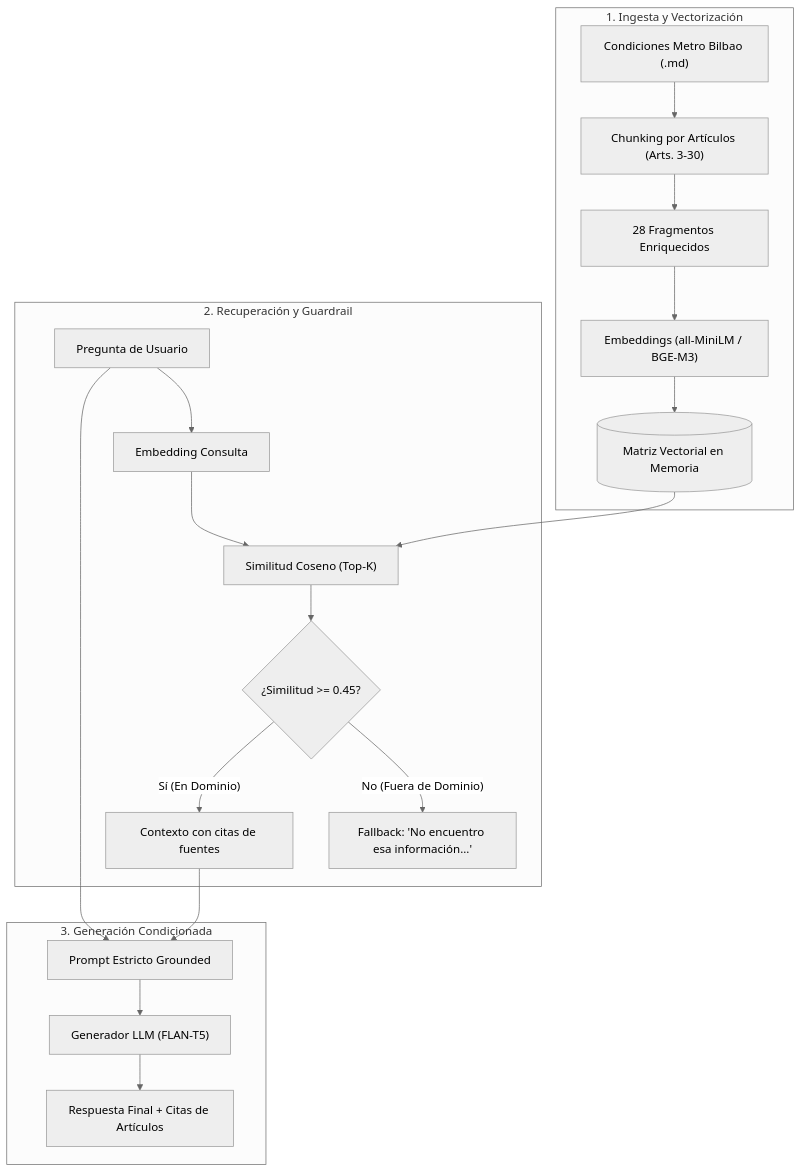
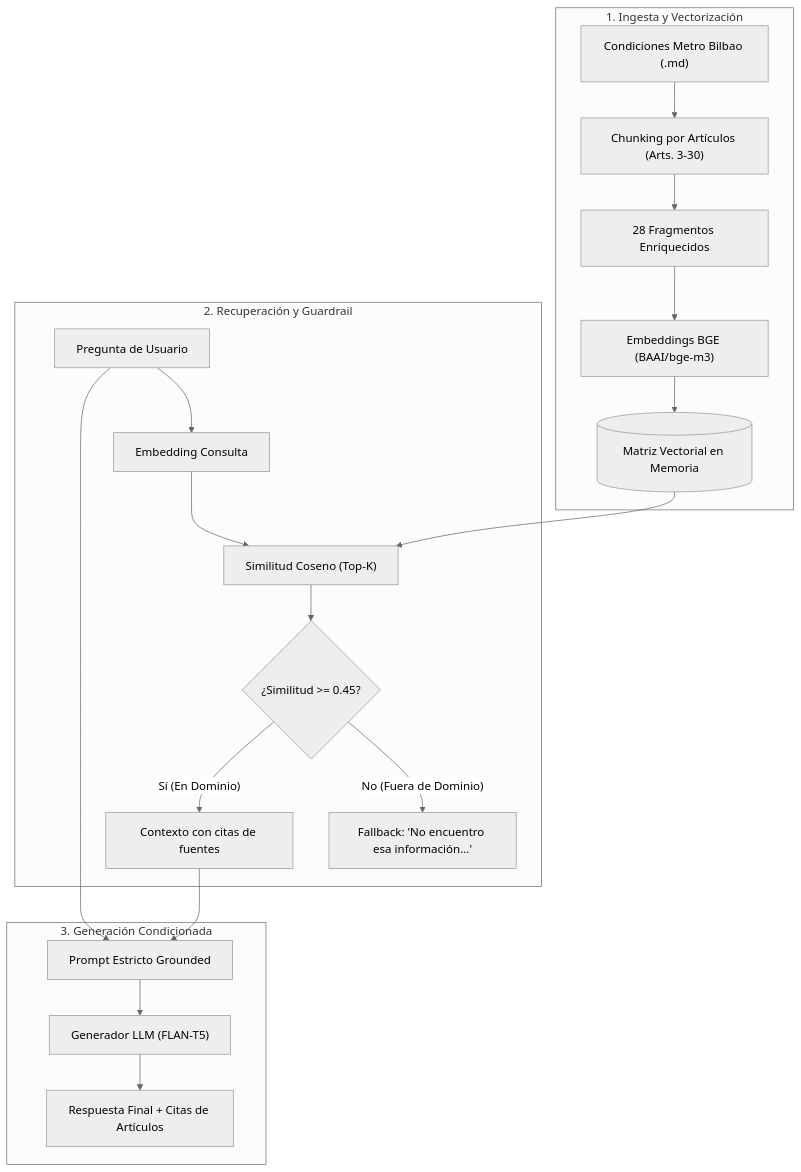
The diagram in README.md (nicodelallana/asistente-ia-MIA), drawn with Mermaid (neutral theme) before and after one commit. The commit also changed other lines of this file and 4 other files, not shown here.

First line of the commit message:
feat: Integrate exclusive BGE model (BAAI/bge-m3) into Metro Bilbao Assistant

````diff
--- a/README.md
+++ b/README.md
@@ -26,23 +24,23 @@
 ```mermaid
 flowchart TD
     subgraph INGESTION["1. Ingesta y Vectorización"]
         MD[" Condiciones Metro Bilbao (.md)"] --> SPLIT[" Chunking por Artículos (Arts. 3-30)"]
         SPLIT --> DOCS[" 28 Fragmentos Enriquecidos"]
-        DOCS --> EMB_M[" Embeddings (all-MiniLM / BGE-M3)"]
+        DOCS --> EMB_M[" Embeddings BGE (BAAI/bge-m3)"]
         EMB_M --> VDB[(" Matriz Vectorial en Memoria")]
     end
 
     subgraph RETRIEVAL["2. Recuperación y Guardrail"]
         USER_Q[" Pregunta de Usuario"] --> Q_EMB[" Embedding Consulta"]
         Q_EMB & VDB --> COS[" Similitud Coseno (Top-K)"]
         COS --> GUARD{" ¿Similitud >= 0.45?"}
         GUARD -- "No (Fuera de Dominio)" --> FB[" Fallback: 'No encuentro esa información...'"]
         GUARD -- "Sí (En Dominio)" --> CTX[" Contexto con citas de fuentes"]
     end
 
     subgraph GENERATION["3. Generación Condicionada"]
         CTX & USER_Q --> PROMPT[" Prompt Estricto Grounded"]
         PROMPT --> LLM[" Generador LLM (FLAN-T5)"]
         LLM --> ANSWER[" Respuesta Final + Citas de Artículos"]
     end
 ```
````
